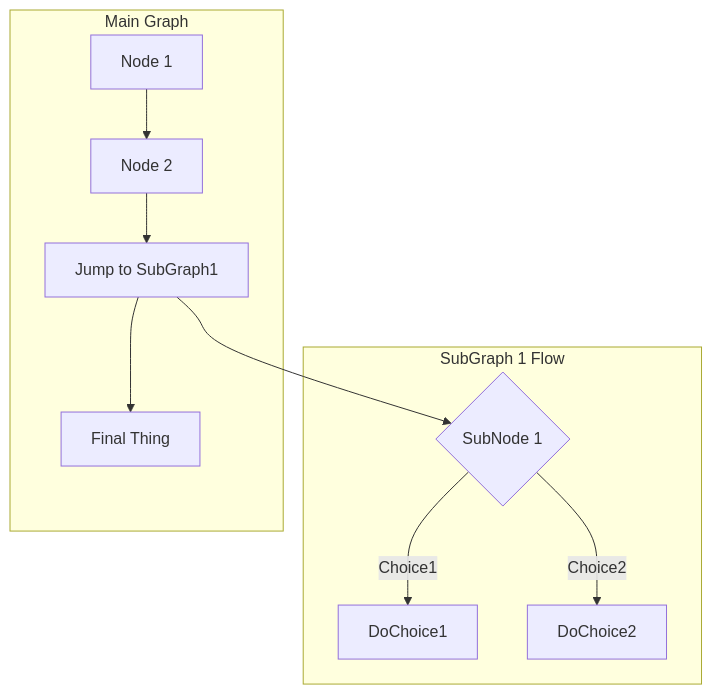
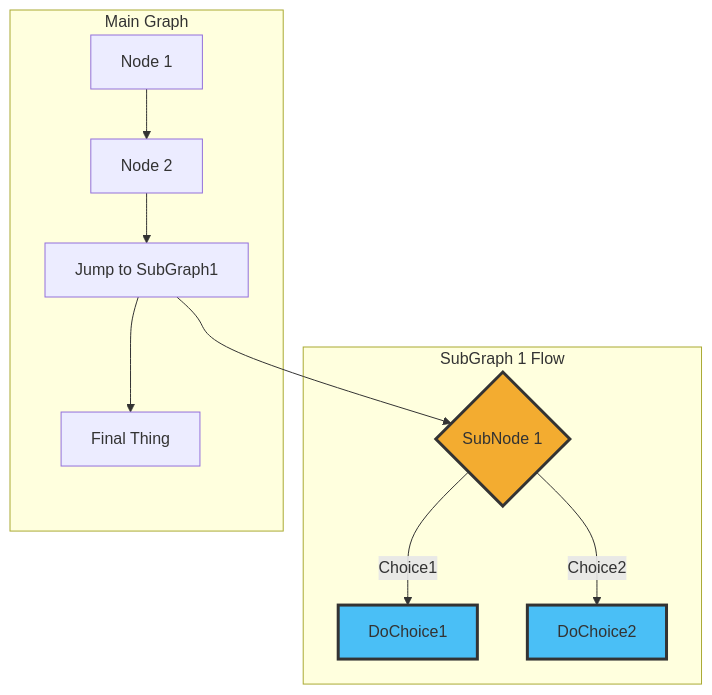
One commit to jwang1122/python changed the fourth of 11 diagrams in aDoc/mermaid.md. Above: the diagram before and after it, drawn with Mermaid. The commit also changed other lines of this file and 7 other files, not shown here.

Commit message:
add more sample on mermaid.md

````diff
--- a/aDoc/mermaid.md
+++ b/aDoc/mermaid.md
@@ -100,16 +118,19 @@
 ```mermaid
 graph TB
 
   SubGraph1 --> SubGraph1Flow
   subgraph "SubGraph 1 Flow"
   SubGraph1Flow{SubNode 1}
   SubGraph1Flow -- Choice1 --> DoChoice1
   SubGraph1Flow -- Choice2 --> DoChoice2
   end
+  style SubGraph1Flow fill:#f3ac30,stroke:#333,stroke-width:3px
+  style DoChoice1 fill:#4abff6,stroke:#333,stroke-width:3px
+  style DoChoice2 fill:#4abff6,stroke:#333,stroke-width:3px
 
   subgraph "Main Graph"
   Node1[Node 1] --> Node2[Node 2]
   Node2 --> SubGraph1[Jump to SubGraph1]
   SubGraph1 --> FinalThing[Final Thing]
   end
 ```
````
